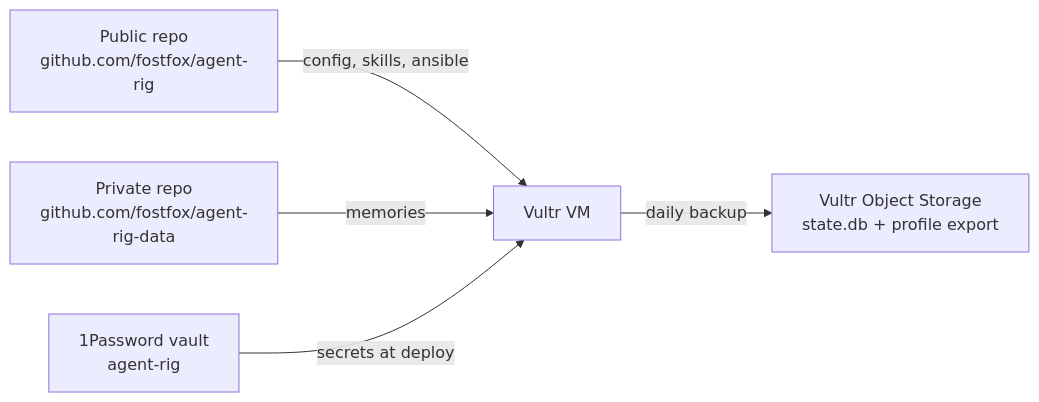
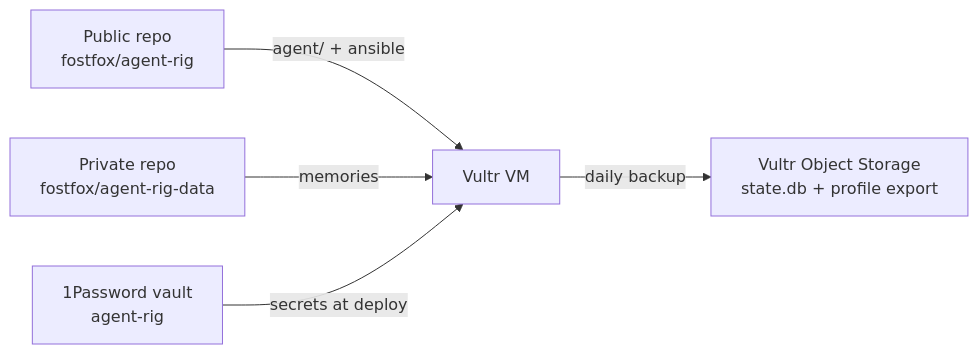
The diagram in README.md (fostfox/agent-rig), drawn with Mermaid before and after one commit. The commit also changed other lines of this file and 10 other files, not shown here.

````diff
--- a/README.md
+++ b/README.md
@@ -8,7 +8,7 @@
 ```mermaid
 flowchart LR
-    A["Public repo<br/>github.com/fostfox/agent-rig"] -->|config, skills, ansible| B["Vultr VM"]
-    C["Private repo<br/>github.com/fostfox/agent-rig-data"] -->|memories| B
+    A["Public repo<br/>fostfox/agent-rig"] -->|agent/ + ansible| B["Vultr VM"]
+    C["Private repo<br/>fostfox/agent-rig-data"] -->|memories| B
     B -->|daily backup| D["Vultr Object Storage<br/>state.db + profile export"]
     E["1Password vault<br/>agent-rig"] -->|secrets at deploy| B
 ```
````
